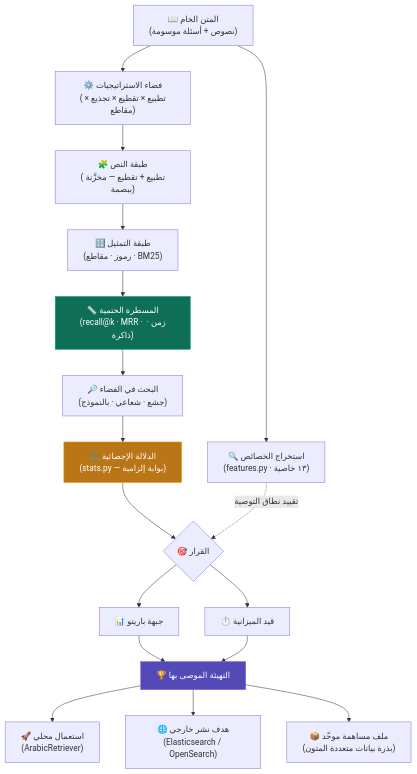
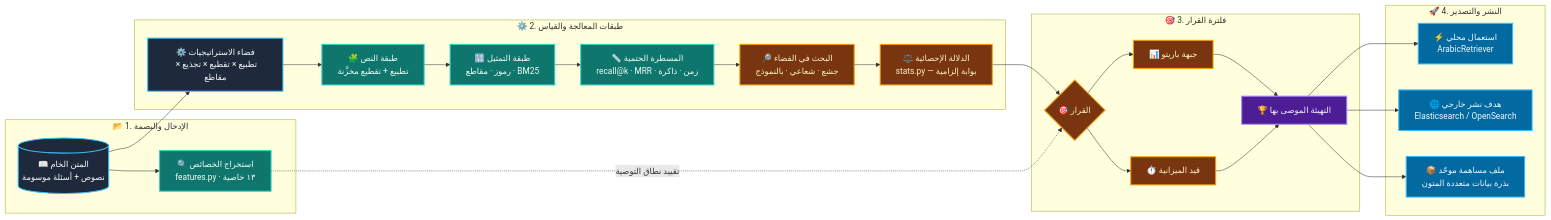
One commit to gomoodh-droid/arabic-retrieval changed the diagram in DESIGN.md. Above: the diagram before and after it, drawn with Mermaid. The commit also changed other lines of this file and 1 other file, not shown here.

Commit message:
style: redesign Mermaid architecture diagrams into modern grouped subgraphs (flowchart LR)

````diff
--- a/DESIGN.md
+++ b/DESIGN.md
@@ -16,29 +16,58 @@
 ```mermaid
-flowchart TD
-    A["📖 المتن الخام<br/>(نصوص + أسئلة موسومة)"]
+flowchart LR
+    subgraph INPUT [" 📂 1. الإدخال والبصمة "]
+        A[("📖 المتن الخام<br/>نصوص + أسئلة موسومة")]
+        F["🔍 استخراج الخصائص<br/>features.py · ١٣ خاصية"]
+    end
 
-    A --> F["🔍 استخراج الخصائص<br/>(features.py · ١٣ خاصية)"]
-    A --> S["⚙️ فضاء الاستراتيجيات<br/>(تطبيع × تقطيع × تجذيع × مقاطع)"]
+    subgraph ENGINE [" ⚙️ 2. طبقات المعالجة والقياس "]
+        S["⚙️ فضاء الاستراتيجيات<br/>تطبيع × تقطيع × تجذيع × مقاطع"]
+        T["🧩 طبقة النص<br/>تطبيع + تقطيع مخزَّنة"]
+        R["🔢 طبقة التمثيل<br/>رموز · مقاطع · BM25"]
+        M["📏 المسطرة الحتمية<br/>recall@k · MRR · زمن · ذاكرة"]
+        B["🔎 البحث في الفضاء<br/>جشع · شعاعي · بالنموذج"]
+        ST["⚖️ الدلالة الإحصائية<br/>stats.py — بوابة إلزامية"]
+    end
 
-    S --> T["🧩 طبقة النص<br/>(تطبيع + تقطيع — مخزَّنة ببصمة)"]
-    T --> R["🔢 طبقة التمثيل<br/>(رموز · مقاطع · BM25)"]
-    R --> M["📏 المسطرة الحتمية<br/>(recall@k · MRR · زمن · ذاكرة)"]
-    M --> B["🔎 البحث في الفضاء<br/>(جشع · شعاعي · بالنموذج)"]
-    B --> ST["⚖️ الدلالة الإحصائية<br/>(stats.py — بوابة إلزامية)"]
+    subgraph DECISION [" 🎯 3. فلترة القرار "]
+        D{"🎯 القرار"}
+        P["📊 جبهة باريتو"]
+        BG["⏱️ قيد الميزانية"]
+        W["🏆 التهيئة الموصى بها"]
+    end
 
-    ST --> D{"🎯 القرار"}
+    subgraph EXPORT [" 🚀 4. النشر والتصدير "]
+        L["⚡ استعمال محلي<br/>ArabicRetriever"]
+        E["🌐 هدف نشر خارجي<br/>Elasticsearch / OpenSearch"]
+        C["📦 ملف مساهمة موحّد<br/>بذرة بيانات متعددة المتون"]
+    end
+
+    A --> F
+    A --> S
+    S --> T
+    T --> R
+    R --> M
+    M --> B
+    B --> ST
+    ST --> D
     F -.->|"تقييد نطاق التوصية"| D
-    D --> P["📊 جبهة باريتو"]
-    D --> BG["⏱️ قيد الميزانية"]
+    D --> P
+    D --> BG
+    P --> W
+    BG --> W
+    W --> L
+    W --> E
+    W --> C
 
-    P --> W["🏆 التهيئة الموصى بها"]
-    BG --> W
+    classDef primary fill:#1E293B,stroke:#38BDF8,stroke-width:2px,color:#F8FAFC;
+    classDef metric fill:#0F766E,stroke:#2DD4BF,stroke-width:2px,color:#F0FDF4;
+    classDef stat fill:#78350F,stroke:#F59E0B,stroke-width:2px,color:#FEF3C7;
+    classDef winner fill:#4C1D95,stroke:#A78BFA,stroke-width:2px,color:#F5F3FF;
+    classDef target fill:#0369A1,stroke:#38BDF8,stroke-width:2px,color:#F0F9FF;
 
-    W --> L["🚀 استعمال محلي<br/>(ArabicRetriever)"]
-    W --> E["🌐 هدف نشر خارجي<br/>(Elasticsearch / OpenSearch)"]
-    W --> C["📦 ملف مساهمة موحّد<br/>(بذرة بيانات متعددة المتون)"]
-
-    style M fill:#0F6E56,stroke:#10B981,color:#FFFFFF
-    style ST fill:#BA7517,stroke:#F59E0B,color:#FFFFFF
-    style W fill:#534AB7,stroke:#8B5CF6,color:#FFFFFF
+    class A,S primary;
+    class F,T,R,M metric;
+    class B,ST,D,P,BG stat;
+    class W winner;
+    class L,E,C target;
 ```
````
